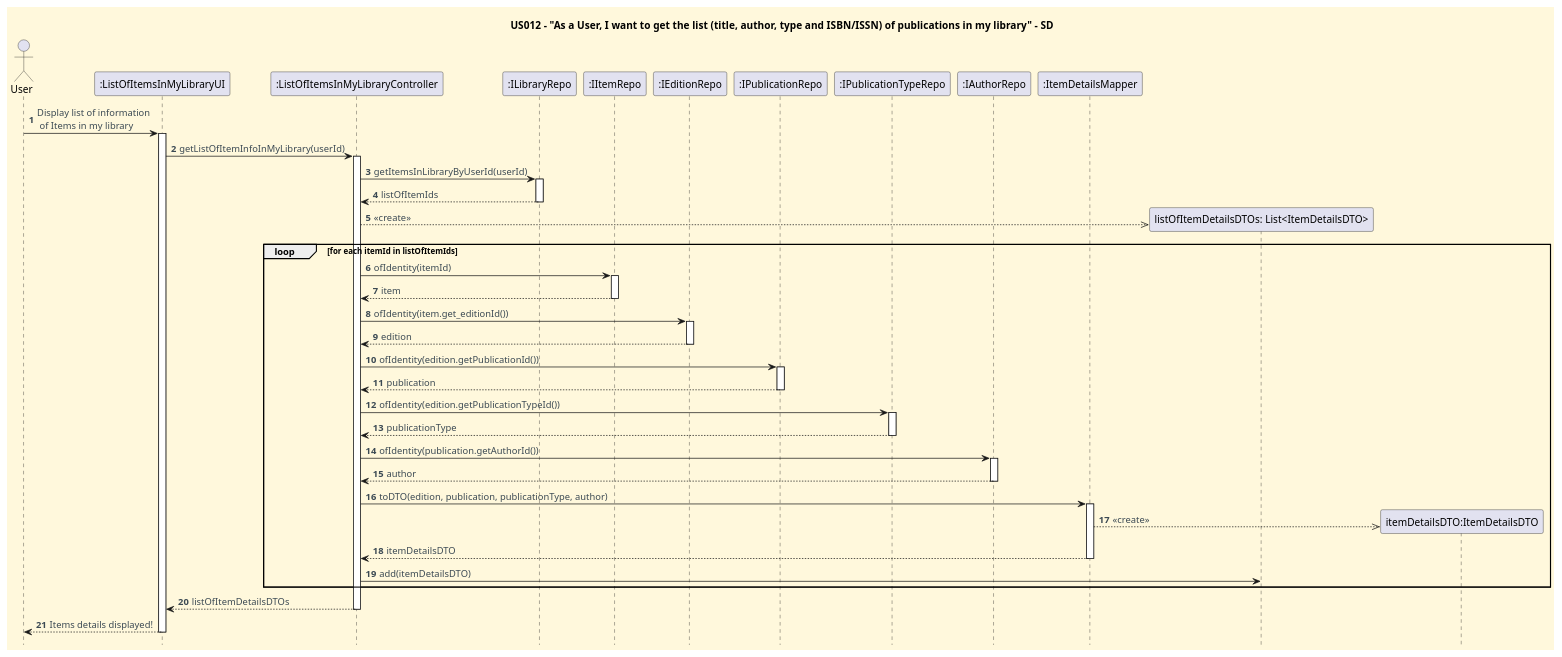
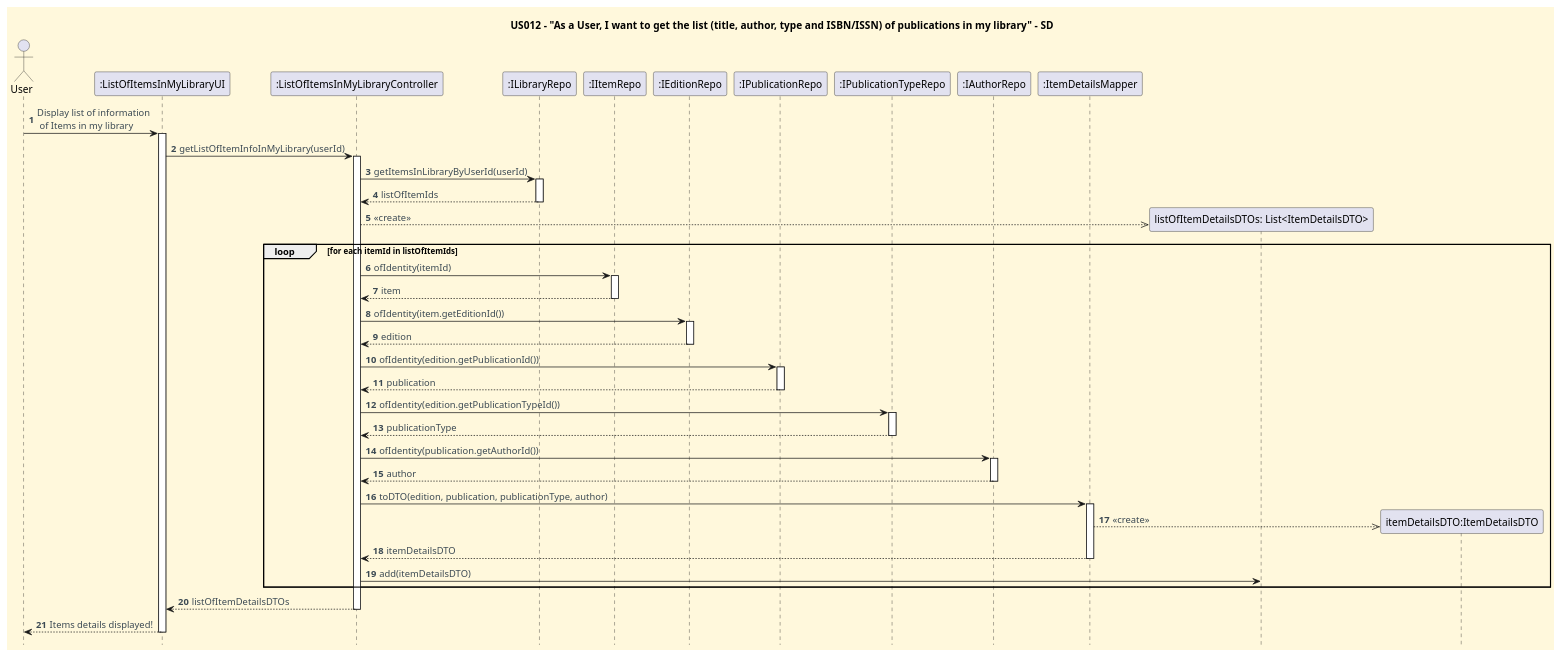
One commit to CarolinaLeite-collab/JavaMarketplacePlatform changed the diagram in docs/user-stories/US012/US012_get_list_of_publications_in_my_library_SD.puml. Above: the diagram before and after it, drawn with PlantUML. The commit also changed 5 other files, not shown here.

```diff
--- a/docs/user-stories/US012/US012_get_list_of_publications_in_my_library_SD.puml
+++ b/docs/user-stories/US012/US012_get_list_of_publications_in_my_library_SD.puml
@@ -1,100 +1,100 @@
 @startuml
 '==== basic style ====
 
 'hides unwanted text
 hide stereotype
 
 skinparam monochrome false
 skinparam shadowing false
 skinparam defaultFontName Futura
 skinparam objectFontSize 20
 skinparam backgroundColor CornSilk
 skinparam objectBackgroundColor WhiteSmoke
 skinparam noteBackgroundColor #FFFFE0
 skinparam ArrowFontColor #3B4953
 skinparam ActivationBackgroundColor black
 hidefootbox
 
 'undefined objects
 skinparam object {
   BackgroundColor<<highlight>> 91C6BCAA
   BorderColor<<highlight>> 4B9DA9AA
   FontColor<<highlight>> 547792AA
 }
 skinparam shadowing<<highlight>> false
 
 autonumber
 
 title US012 - "As a User, I want to get the list (title, author, type and ISBN/ISSN) of publications in my library" - SD
 
 
 ' --- Actor and participants ---'
 
 actor User
 participant ":ListOfItemsInMyLibraryUI" as UI
 participant ":ListOfItemsInMyLibraryController" as Ctl
 participant ":ILibraryRepo" as LibRepo
 participant ":IItemRepo" as ItRepo
 participant ":IEditionRepo" as EdRepo
 participant ":IPublicationRepo" as PubRepo
 participant ":IPublicationTypeRepo" as PTRepo
 participant ":IAuthorRepo" as AutRepo
 participant ":ItemDetailsMapper" as Mapper
 
 
 User -> UI: Display list of information\n of Items in my library
 activate UI
 
 UI -> Ctl: getListOfItemInfoInMyLibrary(userId)
 activate Ctl
 
 Ctl -> LibRepo: getItemsInLibraryByUserId(userId)
 activate LibRepo
 LibRepo --> Ctl: listOfItemIds
 deactivate LibRepo
 create "listOfItemDetailsDTOs: List<ItemDetailsDTO>" as listOfDTO
 Ctl -->> listOfDTO: <<create>>
 
 loop for each itemId in listOfItemIds
 
 Ctl -> ItRepo: ofIdentity(itemId)
 activate ItRepo
 ItRepo --> Ctl : item
 deactivate ItRepo
-Ctl -> EdRepo : ofIdentity(item.get_editionId())
+Ctl -> EdRepo : ofIdentity(item.getEditionId())
 activate EdRepo
 EdRepo --> Ctl : edition
 deactivate EdRepo
 Ctl -> PubRepo : ofIdentity(edition.getPublicationId())
 activate PubRepo
 PubRepo --> Ctl : publication
 deactivate PubRepo
 Ctl -> PTRepo : ofIdentity(edition.getPublicationTypeId())
 activate PTRepo
 PTRepo --> Ctl : publicationType
 deactivate PTRepo
 Ctl -> AutRepo : ofIdentity(publication.getAuthorId())
 activate AutRepo
 AutRepo --> Ctl : author
 deactivate AutRepo
 
 Ctl -> Mapper : toDTO(edition, publication, publicationType, author)
 activate Mapper
 create "itemDetailsDTO:ItemDetailsDTO" as DTO
 Mapper -->> DTO : <<create>>
 Mapper --> Ctl : itemDetailsDTO
 deactivate Mapper
 
 Ctl -> listOfDTO : add(itemDetailsDTO)
 
 end
 
 Ctl --> UI: listOfItemDetailsDTOs
 deactivate Ctl
 
 UI --> User: Items details displayed!
 deactivate UI
 
 
 
 @enduml
```
